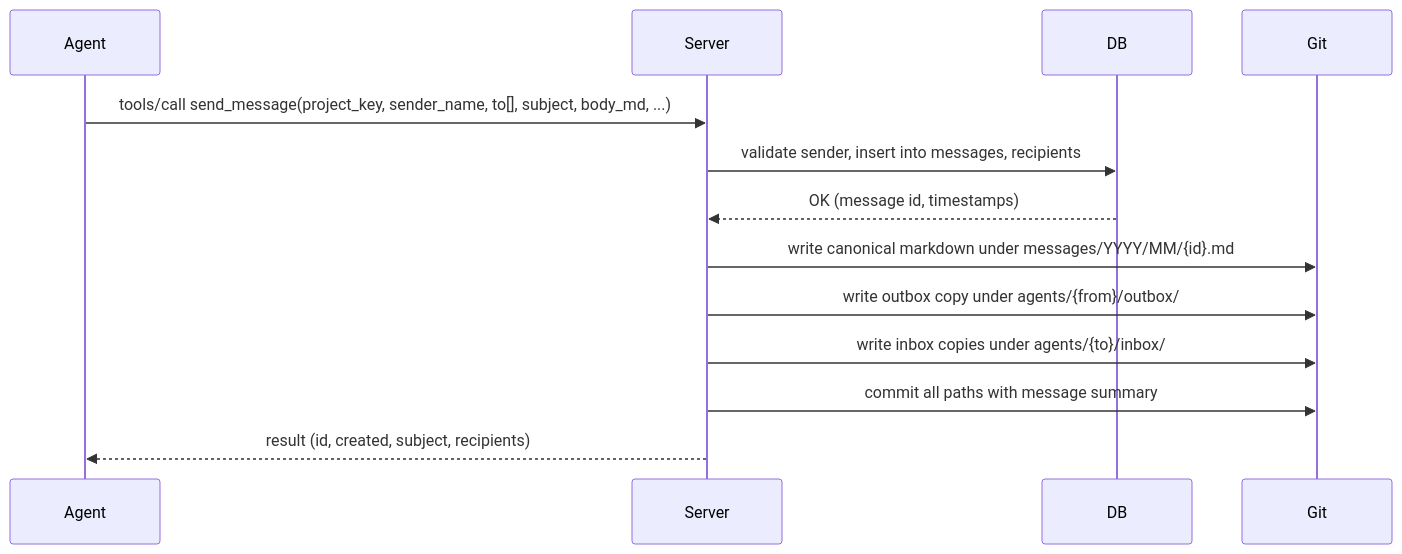
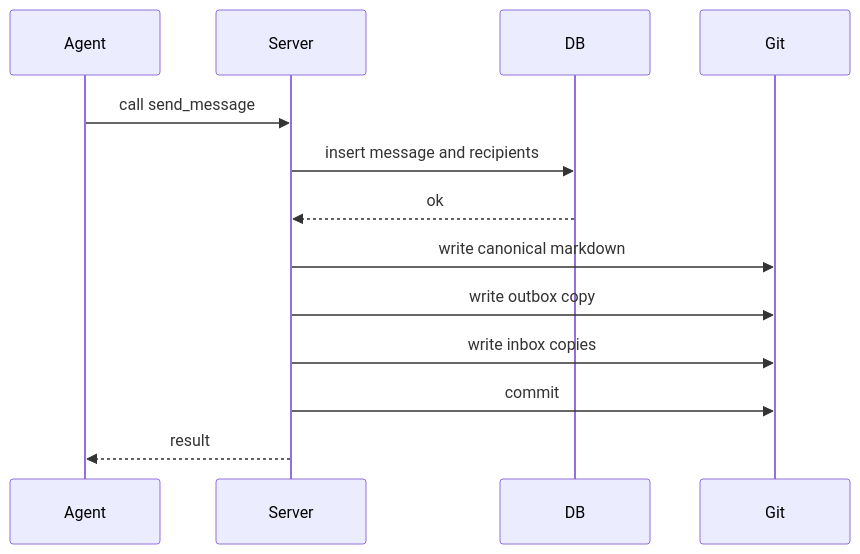
Before and after one commit to Dicklesworthstone/mcp_agent_mail: the second of 4 diagrams in README.md, drawn with Mermaid. The commit also changed other lines of this file, not shown here.

First line of the commit message:
docs(readme): simplify Mermaid sequence diagram labels for clarity

````diff
--- a/README.md
+++ b/README.md
@@ -327,16 +327,16 @@
 ```mermaid
 sequenceDiagram
   participant Agent
   participant Server
   participant DB
   participant Git
 
-  Agent->>Server: tools/call send_message(project_key, sender_name, to[], subject, body_md, ...)
-  Server->>DB: validate sender, insert into messages, recipients
-  DB-->>Server: OK (message id, timestamps)
-  Server->>Git: write canonical markdown under messages/YYYY/MM/{id}.md
-  Server->>Git: write outbox copy under agents/{from}/outbox/
-  Server->>Git: write inbox copies under agents/{to}/inbox/
-  Server->>Git: commit all paths with message summary
-  Server-->>Agent: result (id, created, subject, recipients)
+  Agent->>Server: call send_message
+  Server->>DB: insert message and recipients
+  DB-->>Server: ok
+  Server->>Git: write canonical markdown
+  Server->>Git: write outbox copy
+  Server->>Git: write inbox copies
+  Server->>Git: commit
+  Server-->>Agent: result
 ```
````
